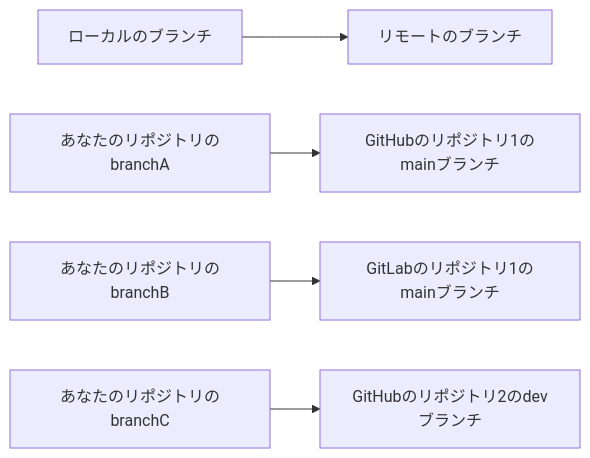
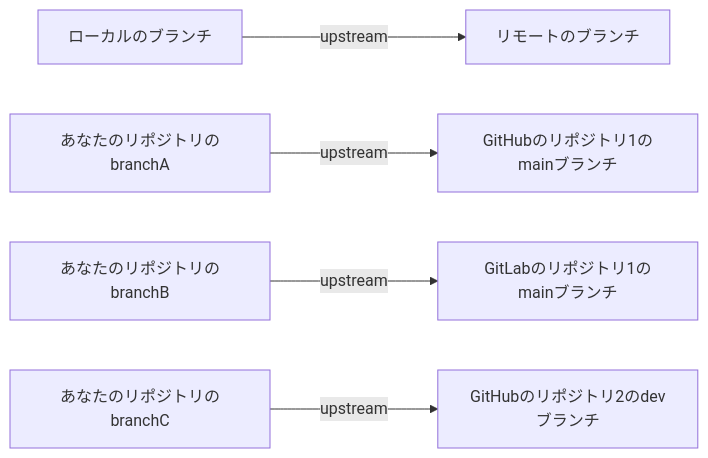
One commit to yabuki/friendly-potato changed the second of 4 diagrams in articles/2021-07-15-how-do-i-manage-git-branches.md. Above: the diagram before and after it, drawn with Mermaid. The commit also changed other lines of this file, not shown here.

Commit message:
概念図

````diff
--- a/articles/2021-07-15-how-do-i-manage-git-branches.md
+++ b/articles/2021-07-15-how-do-i-manage-git-branches.md
@@ -52,7 +57,7 @@
 ```mermaid
 graph LR
-    ローカルのブランチ --> リモートのブランチ
-    あなたのリポジトリのbranchA --> GitHubのリポジトリ1のmainブランチ
-    あなたのリポジトリのbranchB --> GitLabのリポジトリ1のmainブランチ
-    あなたのリポジトリのbranchC --> GitHubのリポジトリ2のdevブランチ
+    ローカルのブランチ -- upstream ---> リモートのブランチ
+    あなたのリポジトリのbranchA -- upstream ---> GitHubのリポジトリ1のmainブランチ
+    あなたのリポジトリのbranchB -- upstream ---> GitLabのリポジトリ1のmainブランチ
+    あなたのリポジトリのbranchC -- upstream ---> GitHubのリポジトリ2のdevブランチ
 ```
````
